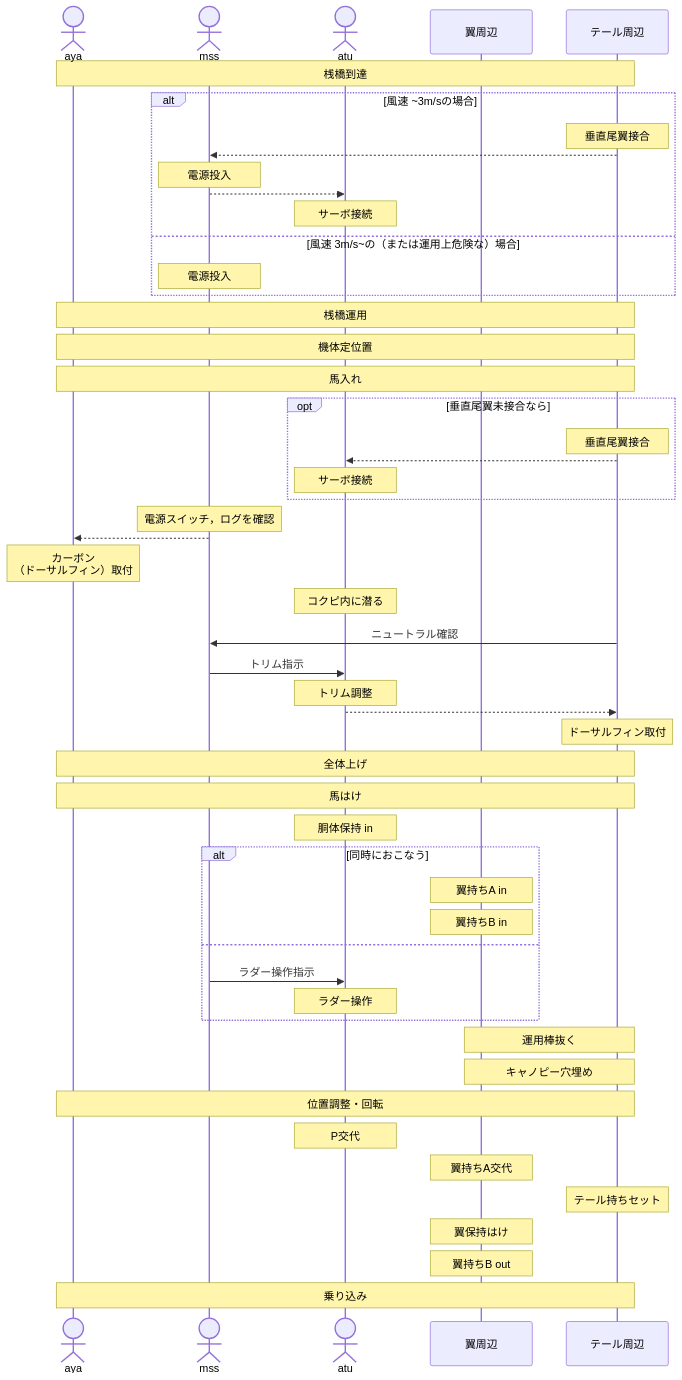
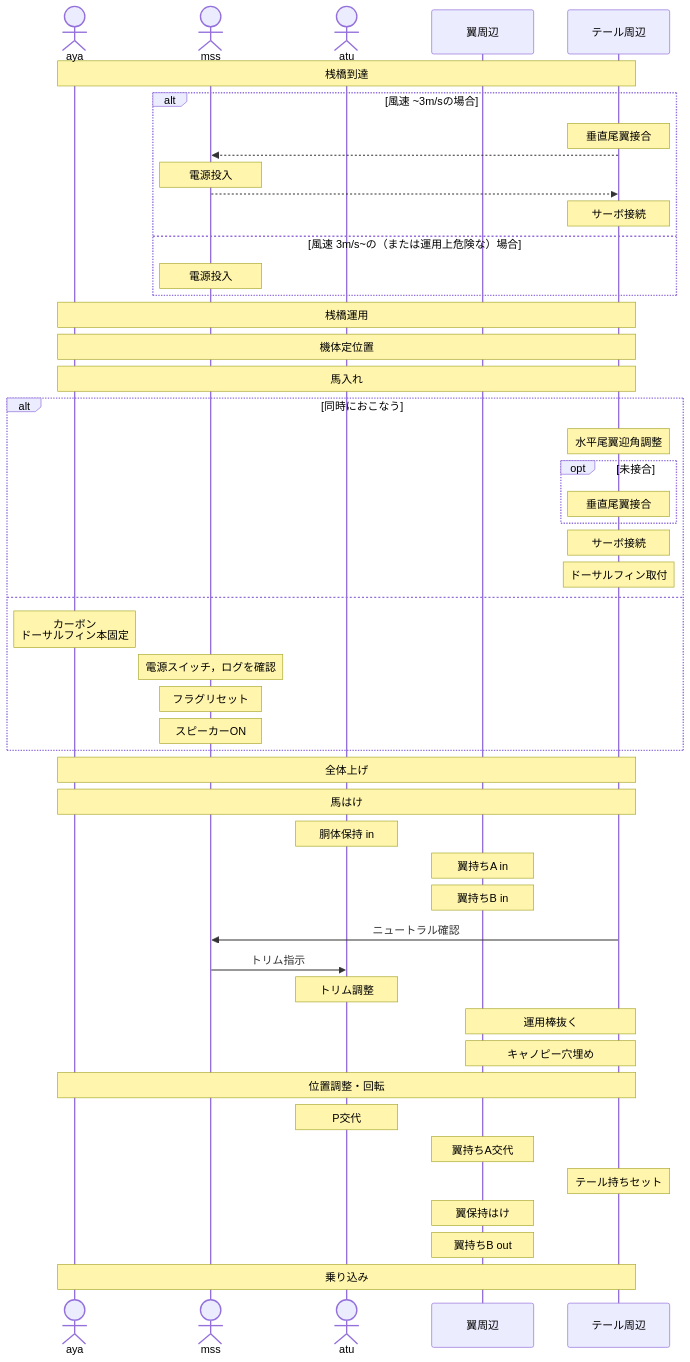
Before and after one commit to torica-org/electronics-blog: the sixth of 6 diagrams in docs/works/2026-avionics.md, drawn with Mermaid.

```diff
--- a/docs/works/2026-avionics.md
+++ b/docs/works/2026-avionics.md
@@ -347,55 +347,52 @@
 <pre class="mermaid" style="background-color:white;">
 sequenceDiagram
     actor aya
     actor mss
     actor atu
     participant wing as 翼周辺
     participant tail as テール周辺
 
     Note over aya,tail: 桟橋到達
     alt 風速 ~3m/sの場合
         Note over tail: 垂直尾翼接合
         tail -->> mss:
         Note over mss: 電源投入
-        mss -->> atu:
-        Note over atu: サーボ接続
+        mss -->> tail:
+        Note over tail: サーボ接続
     else 風速 3m/s~の（または運用上危険な）場合
         Note over mss: 電源投入
     end
     Note over aya,tail: 桟橋運用
     Note over aya,tail: 機体定位置
     Note over aya,tail: 馬入れ
-    opt 垂直尾翼未接合なら
-        Note over tail: 垂直尾翼接合
-        tail -->> atu:
-        Note over atu: サーボ接続
+    alt 同時におこなう
+        Note over tail: 水平尾翼迎角調整
+        opt 未接合
+            Note over tail: 垂直尾翼接合
+        end
+        Note over tail: サーボ接続
+        Note over tail: ドーサルフィン取付
+    else
+        Note over aya: カーボン<br>ドーサルフィン本固定
+        Note over mss: 電源スイッチ，ログを確認
+        Note over mss: フラグリセット
+        Note over mss: スピーカーON
     end
-    Note over mss: 電源スイッチ，ログを確認
-    mss -->> aya:
-    Note over aya: カーボン<br>（ドーサルフィン）取付
-    Note over atu: コクピ内に潜る
+    Note over aya,tail: 全体上げ
+    Note over aya,tail: 馬はけ
+    Note over atu: 胴体保持 in
+    Note over wing: 翼持ちA in
+    Note over wing: 翼持ちB in
     tail ->> mss: ニュートラル確認
     mss ->> atu: トリム指示
     Note over atu: トリム調整
-    atu -->> tail:
-    Note over tail: ドーサルフィン取付
-    Note over aya,tail: 全体上げ
-    Note over aya,tail: 馬はけ
-    Note over atu: 胴体保持 in
-    alt 同時におこなう
-        Note over wing: 翼持ちA in
-        Note over wing: 翼持ちB in
-    else
-        mss ->> atu: ラダー操作指示
-        Note over atu: ラダー操作
-    end
     Note over wing,tail: 運用棒抜く
     Note over wing,tail: キャノピー穴埋め
     Note over aya,tail: 位置調整・回転
     Note over atu: P交代
     Note over wing: 翼持ちA交代
     Note over tail: テール持ちセット
     Note over wing: 翼保持はけ
     Note over wing: 翼持ちB out
     Note over aya,tail: 乗り込み
 </pre>
```
